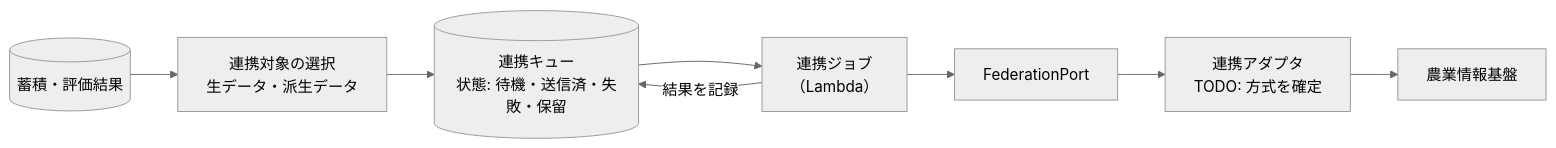
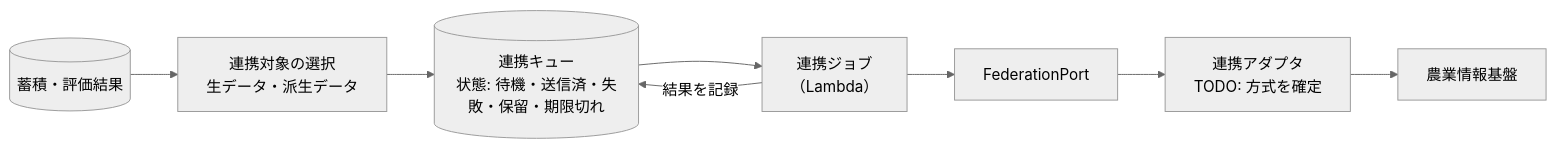
One commit to NS-APU/smart-farm-monitoring changed the fifth of 9 diagrams in docs/10_design/architecture/architecture.md. Above: the diagram before and after it, drawn with Mermaid (neutral theme). The commit also changed other lines of this file and 40 other files, not shown here.

````diff
--- a/docs/10_design/architecture/architecture.md
+++ b/docs/10_design/architecture/architecture.md
@@ -290,10 +290,10 @@
 ```mermaid
 flowchart LR
   STORE[(蓄積・評価結果)] --> SEL[連携対象の選択<br>生データ・派生データ]
-  SEL --> OUT[(連携キュー<br>状態: 待機・送信済・失敗・保留)]
+  SEL --> OUT[(連携キュー<br>状態: 待機・送信済・失敗・保留・期限切れ)]
   OUT --> W[連携ジョブ<br>（Lambda）]
   W --> FP[FederationPort]
   FP --> AD1[連携アダプタ<br>TODO: 方式を確定]
   AD1 --> AG[農業情報基盤]
   W -->|結果を記録| OUT
 ```
````
